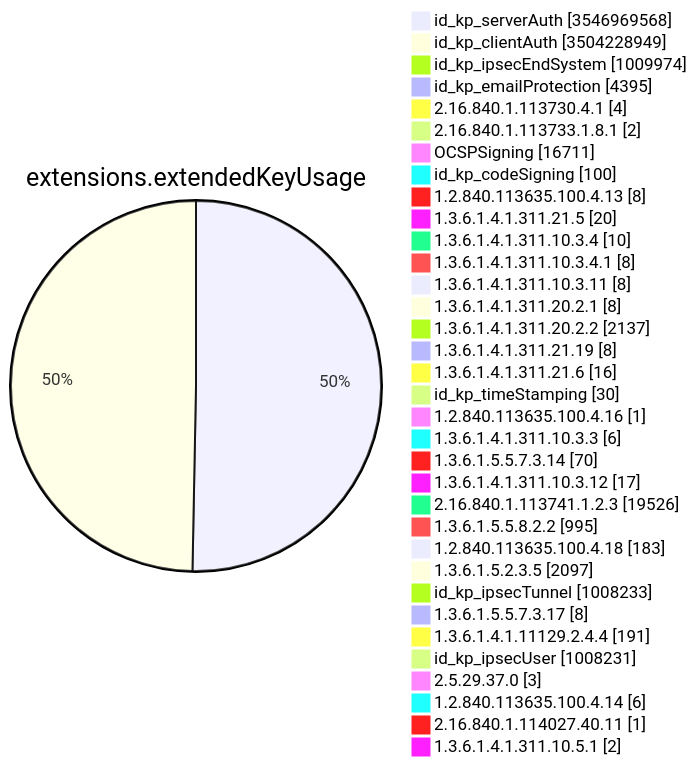
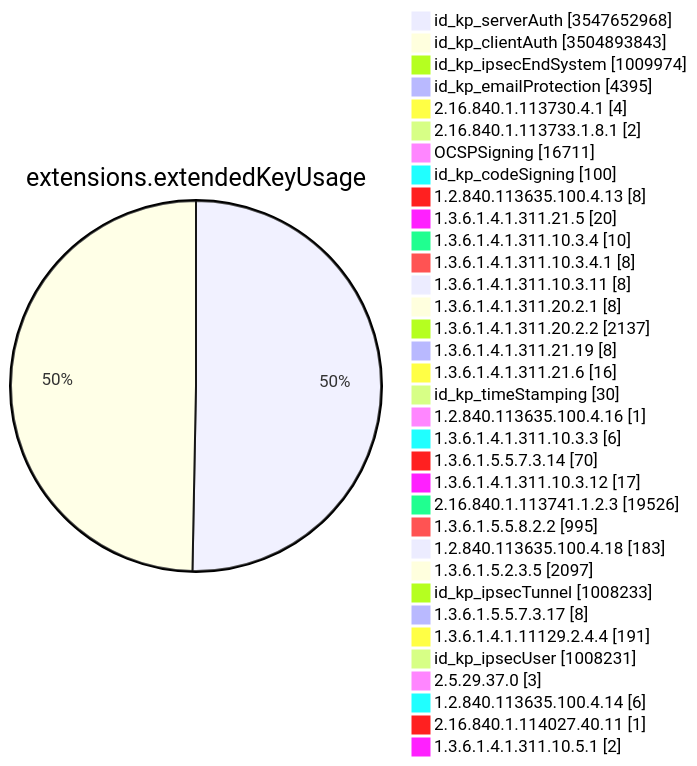
One commit to christiankrug/ctmonitor_visualization changed diagram 11 of 15 in TOTAL/README.md. Above: the diagram before and after it, drawn with Mermaid. The commit also changed other lines of this file, not shown here.

````diff
--- a/TOTAL/README.md
+++ b/TOTAL/README.md
@@ -4127,38 +4127,38 @@
 ```mermaid
 pie showData
 title extensions.extendedKeyUsage
-"id_kp_serverAuth" :3546969568
-"id_kp_clientAuth" :3504228949
+"id_kp_serverAuth" :3547652968
+"id_kp_clientAuth" :3504893843
 "id_kp_ipsecEndSystem" :1009974
 "id_kp_emailProtection" :4395
 "2.16.840.1.113730.4.1" :4
 "2.16.840.1.113733.1.8.1" :2
 "OCSPSigning" :16711
 "id_kp_codeSigning" :100
 "1.2.840.113635.100.4.13" :8
 "1.3.6.1.4.1.311.21.5" :20
 "1.3.6.1.4.1.311.10.3.4" :10
 "1.3.6.1.4.1.311.10.3.4.1" :8
 "1.3.6.1.4.1.311.10.3.11" :8
 "1.3.6.1.4.1.311.20.2.1" :8
 "1.3.6.1.4.1.311.20.2.2" :2137
 "1.3.6.1.4.1.311.21.19" :8
 "1.3.6.1.4.1.311.21.6" :16
 "id_kp_timeStamping" :30
 "1.2.840.113635.100.4.16" :1
 "1.3.6.1.4.1.311.10.3.3" :6
 "1.3.6.1.5.5.7.3.14" :70
 "1.3.6.1.4.1.311.10.3.12" :17
 "2.16.840.1.113741.1.2.3" :19526
 "1.3.6.1.5.5.8.2.2" :995
 "1.2.840.113635.100.4.18" :183
 "1.3.6.1.5.2.3.5" :2097
 "id_kp_ipsecTunnel" :1008233
 "1.3.6.1.5.5.7.3.17" :8
 "1.3.6.1.4.1.11129.2.4.4" :191
 "id_kp_ipsecUser" :1008231
 "2.5.29.37.0" :3
 "1.2.840.113635.100.4.14" :6
 "2.16.840.1.114027.40.11" :1
 "1.3.6.1.4.1.311.10.5.1" :2
 ```
````
